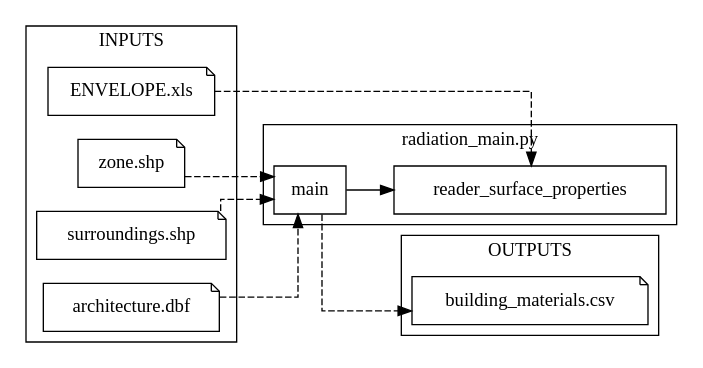
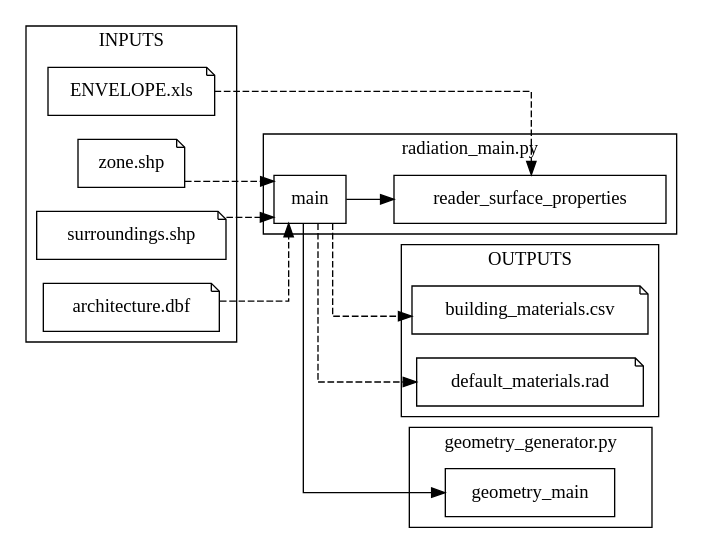
The diagram in docs/graphviz/radiation-rewrite.gv (architecture-building-systems/CityEnergyAnalyst), drawn with Graphviz before and after one commit. The commit also changed 1 other file, not shown here.

```diff
--- a/docs/graphviz/radiation-rewrite.gv
+++ b/docs/graphviz/radiation-rewrite.gv
@@ -1,42 +1,53 @@
 digraph radiation_rewrite {
     node [shape=rect];
     splines=ortho;
     rankdir=LR;
 
     subgraph cluster_inputs {
         label="INPUTS";
         node [shape=note];
 
         zone_shp [label="zone.shp"];
         surroundings_shp [label="surroundings.shp"];
         architecture_dbf [label="architecture.dbf"];
         ENVELOPE_xls [label="ENVELOPE.xls"];
     }
 
     subgraph cluster_outputs {
         label="OUTPUTS";
         node [shape=note];
 
         building_materials_csv [label="building_materials.csv"];
+        default_materials_rad [label="default_materials.rad"];
+    }
+
+    
+
+    subgraph cluster_geometry_generator {
+        label="geometry_generator.py";
+
+        geometry_main;
     }
 
     subgraph cluster_radiation_main {
         label="radiation_main.py";
 
         main;
         reader_surface_properties;
 
         main -> reader_surface_properties;
+        main -> geometry_main;
         
     }
 
 
     /* inputs and outputs */
     edge[style=dashed];   
     zone_shp -> main;
     surroundings_shp -> main;
     architecture_dbf -> main;
     ENVELOPE_xls -> reader_surface_properties;
 
-    main -> building_materials_csv [];
+    main -> building_materials_csv;
+    main -> default_materials_rad;
 }
```
